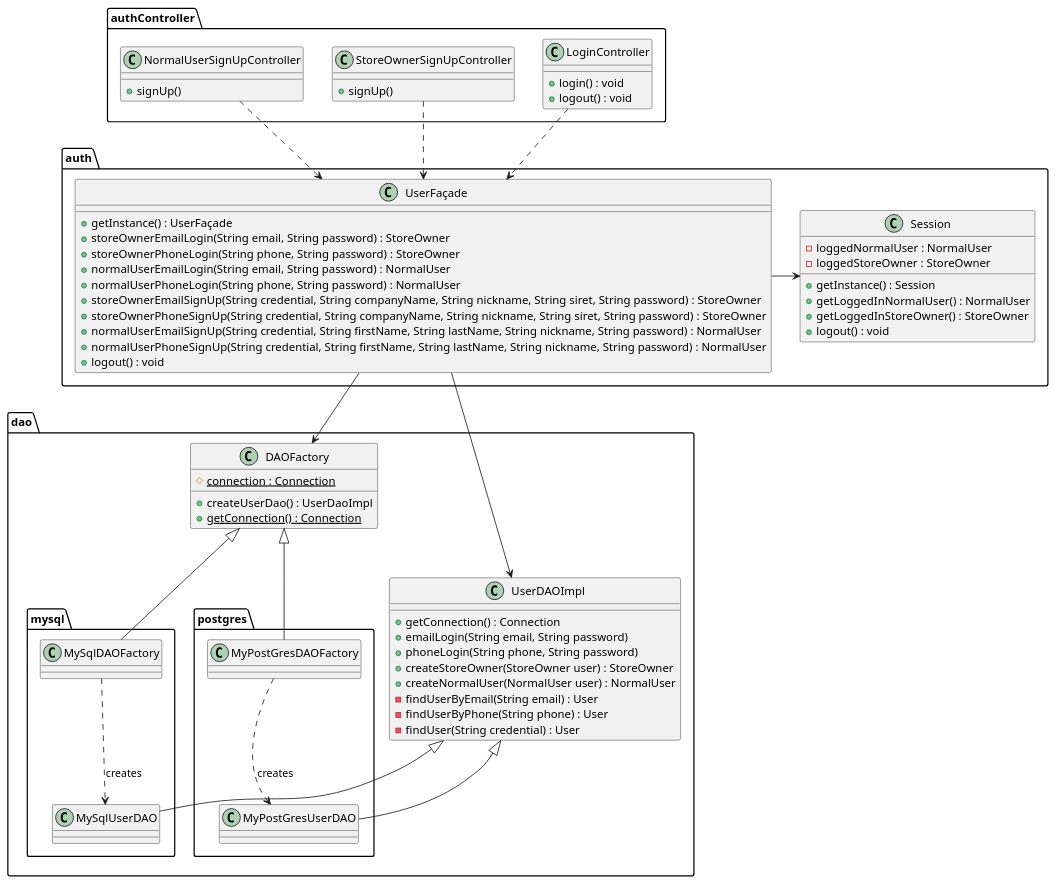
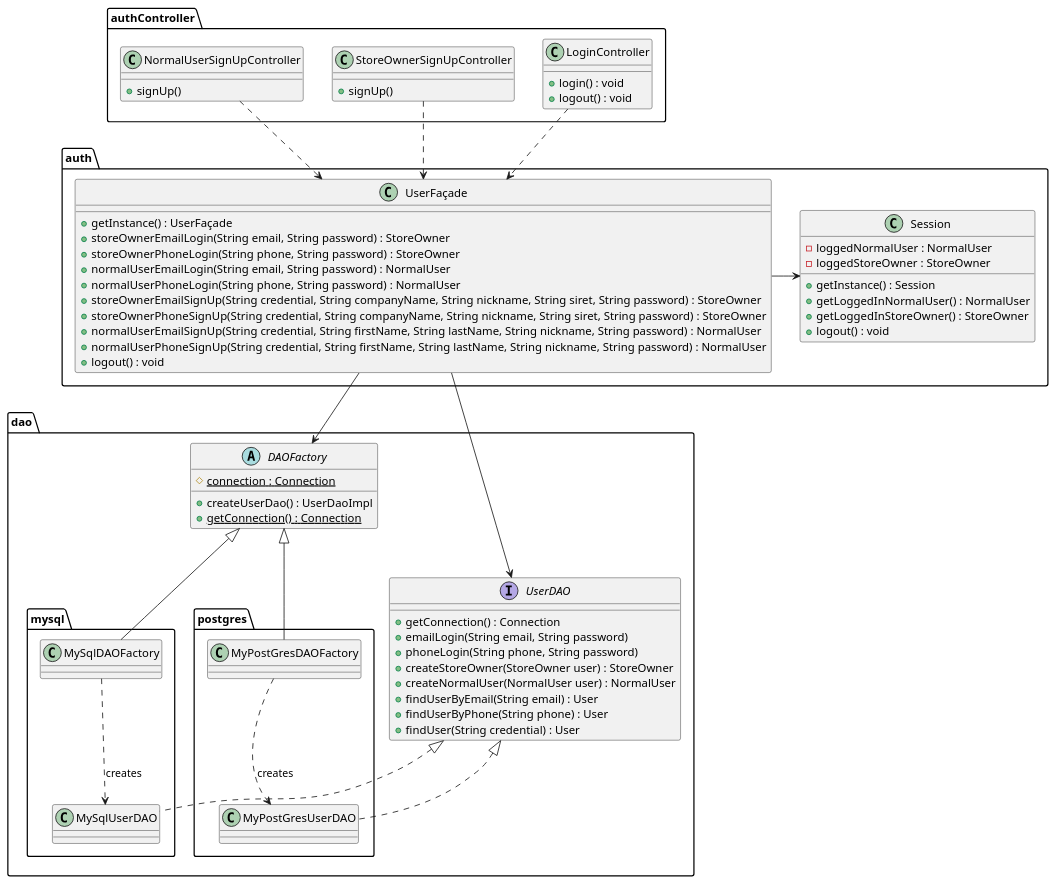
The diagram in documentation/software_design/authentication/current_login_class_diagram.puml (Julien-Wiegandt/SplitPay), drawn with PlantUML before and after one commit. The commit also changed 28 other files, not shown here.

Commit message:
diagrams updated (DAO -> interface, DAOFactory -> abstract)...

```diff
--- a/documentation/software_design/authentication/current_login_class_diagram.puml
+++ b/documentation/software_design/authentication/current_login_class_diagram.puml
@@ -1,94 +1,94 @@
 @startuml login_1.0
 
 package authController <<Folder>> {
   class NormalUserSignUpController {
     +signUp()
   }
 
   class StoreOwnerSignUpController {
     +signUp()
   }
 
   class LoginController {
     +login() : void
     +logout() : void
   }
 }
 
 package auth <<Folder>> {
   class UserFaçade {
     +getInstance() : UserFaçade
     +storeOwnerEmailLogin(String email, String password) : StoreOwner
     +storeOwnerPhoneLogin(String phone, String password) : StoreOwner
     +normalUserEmailLogin(String email, String password) : NormalUser
     +normalUserPhoneLogin(String phone, String password) : NormalUser
     +storeOwnerEmailSignUp(String credential, String companyName, String nickname, String siret, String password) : StoreOwner
     +storeOwnerPhoneSignUp(String credential, String companyName, String nickname, String siret, String password) : StoreOwner
     +normalUserEmailSignUp(String credential, String firstName, String lastName, String nickname, String password) : NormalUser
     +normalUserPhoneSignUp(String credential, String firstName, String lastName, String nickname, String password) : NormalUser
     +logout() : void
   }
 
   class Session {
     -loggedNormalUser : NormalUser
     -loggedStoreOwner : StoreOwner
     +getInstance() : Session
     +getLoggedInNormalUser() : NormalUser
     +getLoggedInStoreOwner() : StoreOwner
     +logout() : void
   }
 
   UserFaçade -> Session
 
 }
 
 package dao <<Folder>> {
 
-  class DAOFactory {
+  abstract class DAOFactory {
     #{static}connection : Connection
     +createUserDao() : UserDaoImpl
     +{static}getConnection() : Connection
   }
 
   package mysql <<Folder>> {
     class MySqlDAOFactory {}
     class MySqlUserDAO {}
 
     MySqlDAOFactory .down.> MySqlUserDAO : creates
   }
 
   package postgres <<Folder>> {
     class MyPostGresDAOFactory {}
     class MyPostGresUserDAO {}
 
     MyPostGresDAOFactory .down.> MyPostGresUserDAO : creates
   }
 
 
-  class UserDAOImpl {
+  interface UserDAO {
     +getConnection() : Connection
     +emailLogin(String email, String password)
     +phoneLogin(String phone, String password)
     +createStoreOwner(StoreOwner user) : StoreOwner
     +createNormalUser(NormalUser user) : NormalUser
-    -findUserByEmail(String email) : User
-    -findUserByPhone(String phone) : User
-    -findUser(String credential) : User
+    +findUserByEmail(String email) : User
+    +findUserByPhone(String phone) : User
+    +findUser(String credential) : User
 
 
   }
 
   DAOFactory <|-- MySqlDAOFactory
   DAOFactory <|-- MyPostGresDAOFactory
-  UserDAOImpl <|-- MyPostGresUserDAO
-  UserDAOImpl <|-- MySqlUserDAO
+  UserDAO <|.. MyPostGresUserDAO
+  UserDAO <|.. MySqlUserDAO
 
 }
 
 UserFaçade -down-> DAOFactory
-UserFaçade -down-> UserDAOImpl
+UserFaçade -down-> UserDAO
 LoginController .down.> UserFaçade
 StoreOwnerSignUpController .down.> UserFaçade
 NormalUserSignUpController .down.> UserFaçade
 
 @enduml
```
